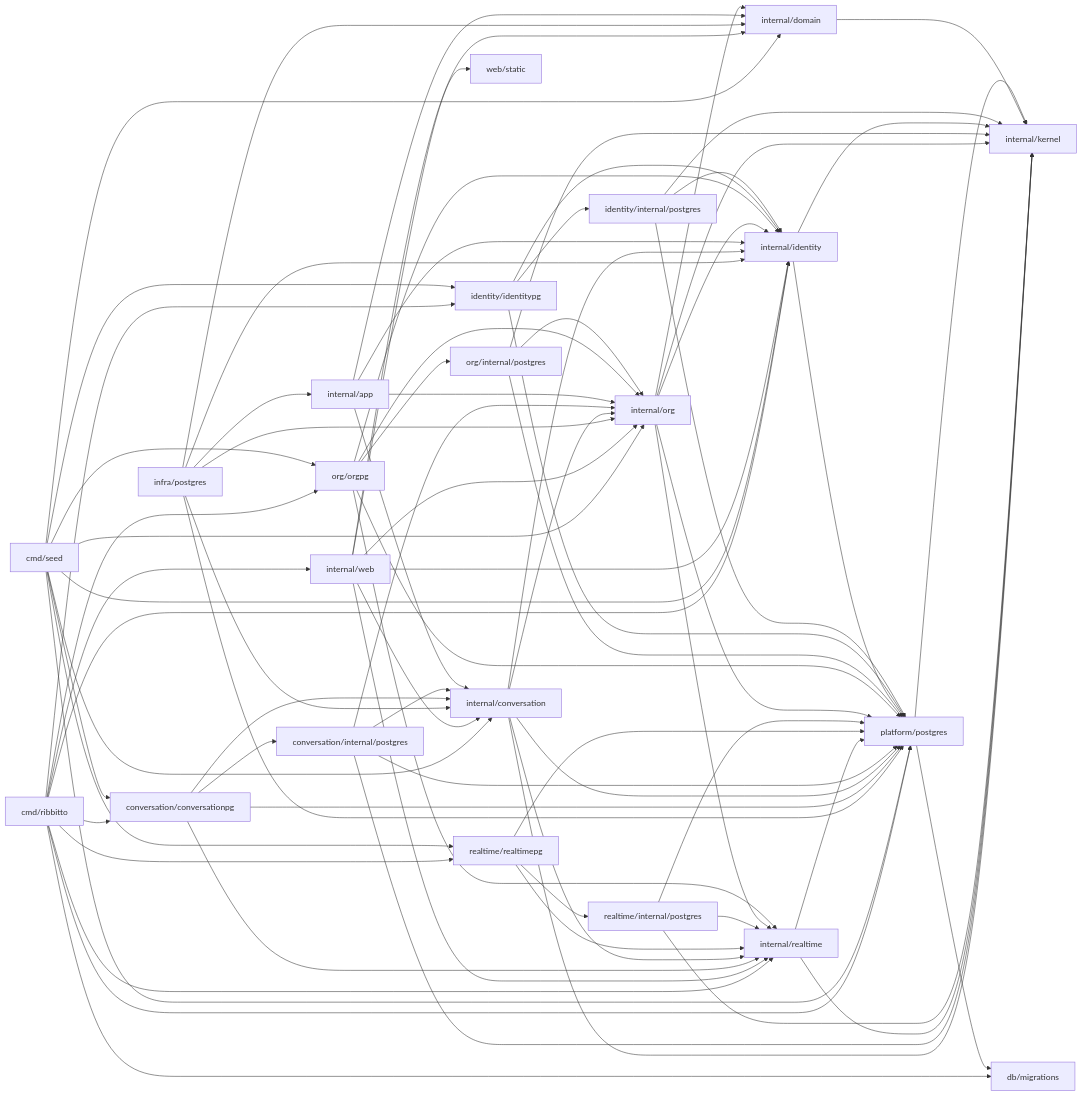
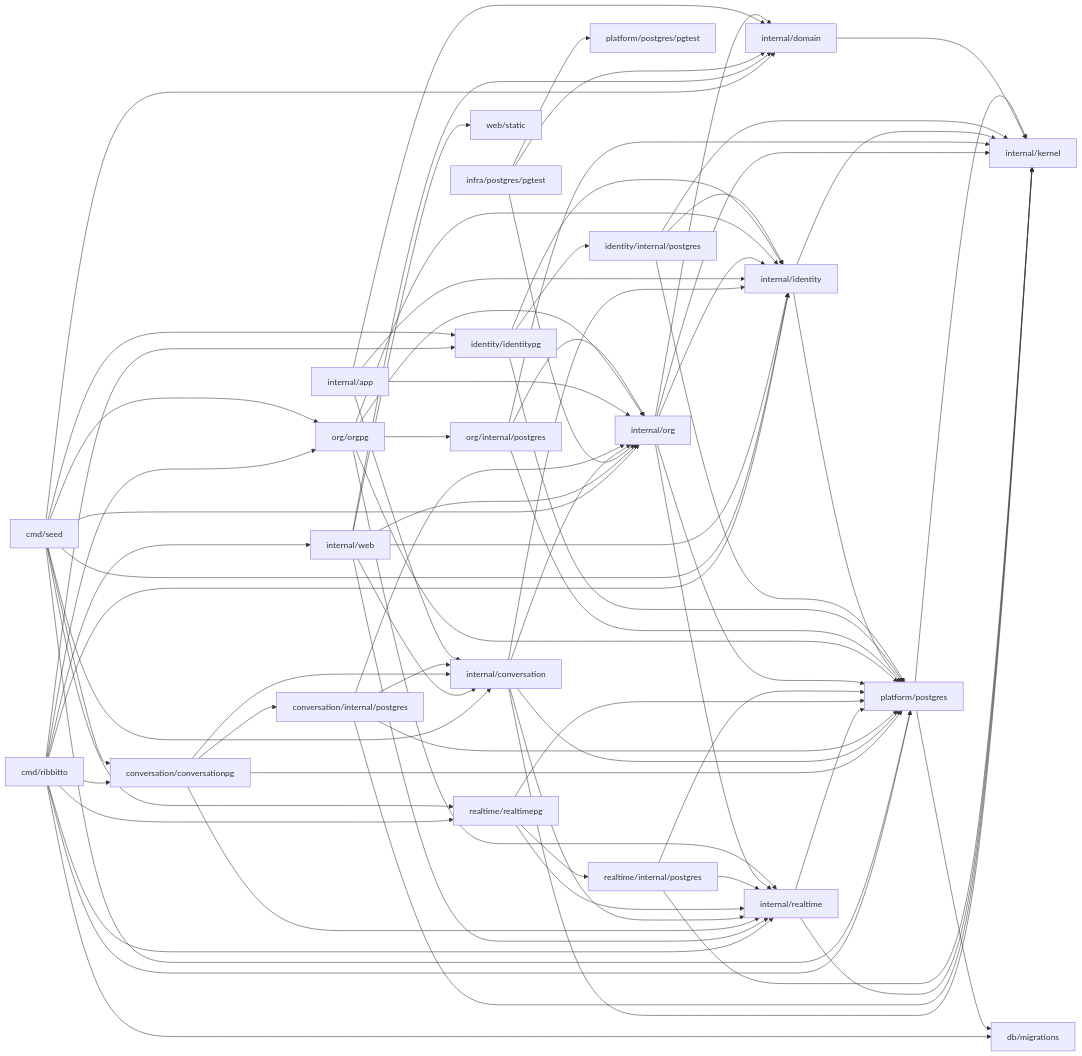
Before and after one commit to tkakkie/ribbitto: the diagram in docs/architecture/packages.md, drawn with Mermaid. The commit also changed other lines of this file and 24 other files, not shown here.

````diff
--- a/docs/architecture/packages.md
+++ b/docs/architecture/packages.md
@@ -38,22 +38,22 @@
 ```mermaid
 flowchart LR
   cmd[cmd/ribbitto] --> web & orgpg[org/orgpg] & conversationpg[conversation/conversationpg] & identity & identitypg[identity/identitypg] & realtimepg & realtime & platform[platform/postgres] & migrations[db/migrations]
   seed[cmd/seed] --> conversation & conversationpg & org & orgpg & identity & identitypg & realtimepg & platform & domain
   web[internal/web] --> org & conversation & identity & domain & realtime & static[web/static]
-  postgres[infra/postgres] --> app & org & conversation & identity & domain & platform
+  postgres[infra/postgres/pgtest] --> org & domain & platformpgtest[platform/postgres/pgtest]
   conversationpg --> conversation[internal/conversation] & cstore[conversation/internal/postgres] & realtime & platform
   conversation --> identity & org & realtime & kernel & platform
   cstore --> conversation & org & platform & kernel
   realtime[internal/realtime] --> kernel & platform
   realtimepg[realtime/realtimepg] --> realtime & rstore[realtime/internal/postgres] & platform
   rstore --> realtime & platform & kernel
   app[internal/app] --> org & conversation & identity & domain[internal/domain]
   org[internal/org] --> identity & realtime & domain & kernel & platform
   orgpg --> org & ostore[org/internal/postgres] & platform & identity & realtime
   ostore --> org & platform & kernel
   identity[internal/identity] --> kernel & platform
   identitypg --> identity & store[identity/internal/postgres] & platform
   store --> identity & platform & kernel
   domain --> kernel[internal/kernel]
   platform --> kernel & migrations
 ```
````
